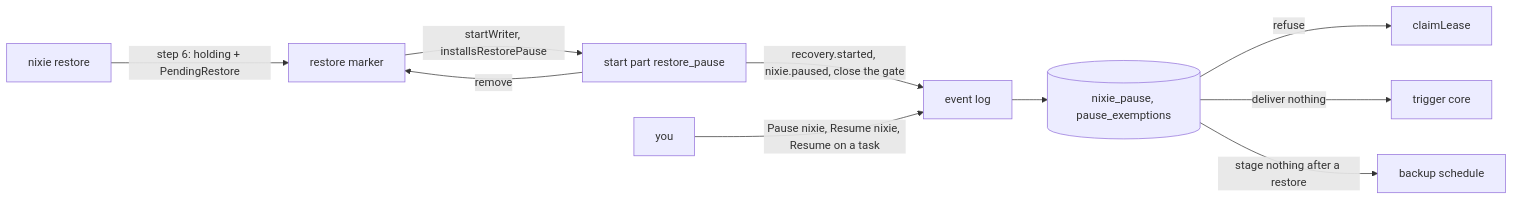
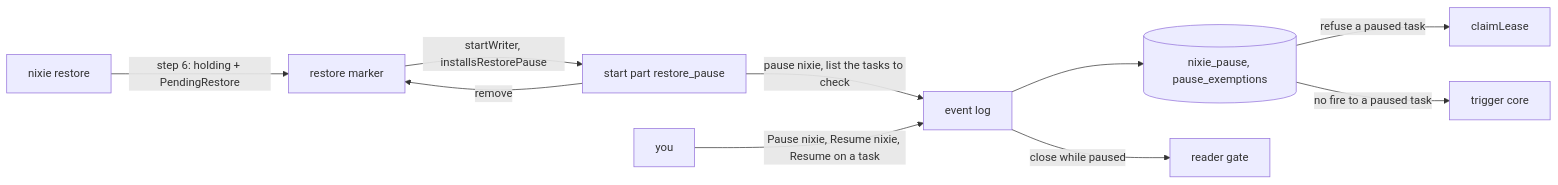
Before and after one commit to zgeoff/nixie: the diagram in docs/design/queue/pause.md, drawn with Mermaid. The commit also changed other lines of this file and 3 other files, not shown here.

Commit message:
docs: answer the design tests on the pause, turn-input log and redaction

````diff
--- a/docs/design/queue/pause.md
+++ b/docs/design/queue/pause.md
@@ -42,12 +54,12 @@
 ```mermaid
 flowchart LR
   restore[nixie restore] -->|"step 6: holding + PendingRestore"| marker[restore marker]
   marker -->|"startWriter, installsRestorePause"| part[start part restore_pause]
-  part -->|"recovery.started, nixie.paused, close the gate"| log[event log]
+  part -->|"pause nixie, list the tasks to check"| log[event log]
   part -->|"remove"| marker
   you[you] -->|"Pause nixie, Resume nixie, Resume on a task"| log
   log --> pause[(nixie_pause, pause_exemptions)]
-  pause -->|"refuse"| claim[claimLease]
-  pause -->|"deliver nothing"| triggers[trigger core]
-  pause -->|"stage nothing after a restore"| backup[backup schedule]
+  log -->|"close while paused"| gate[reader gate]
+  pause -->|"refuse a paused task"| claim[claimLease]
+  pause -->|"no fire to a paused task"| triggers[trigger core]
 ```
````
